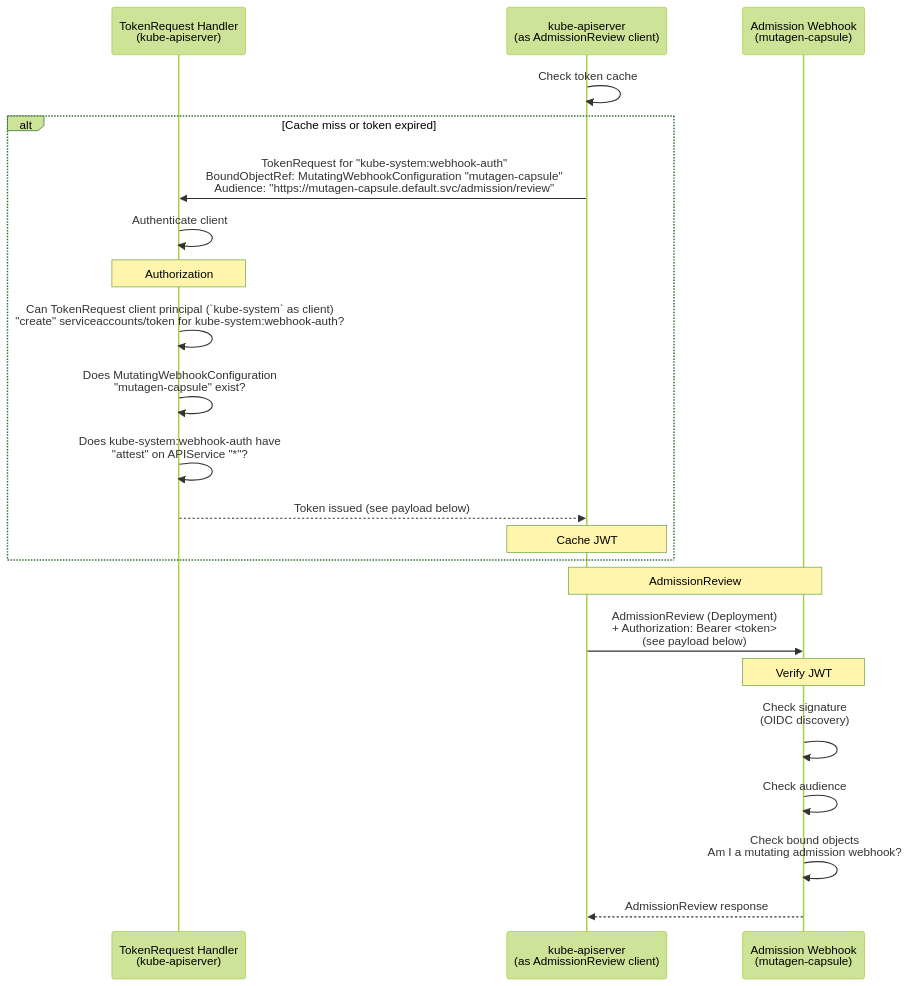
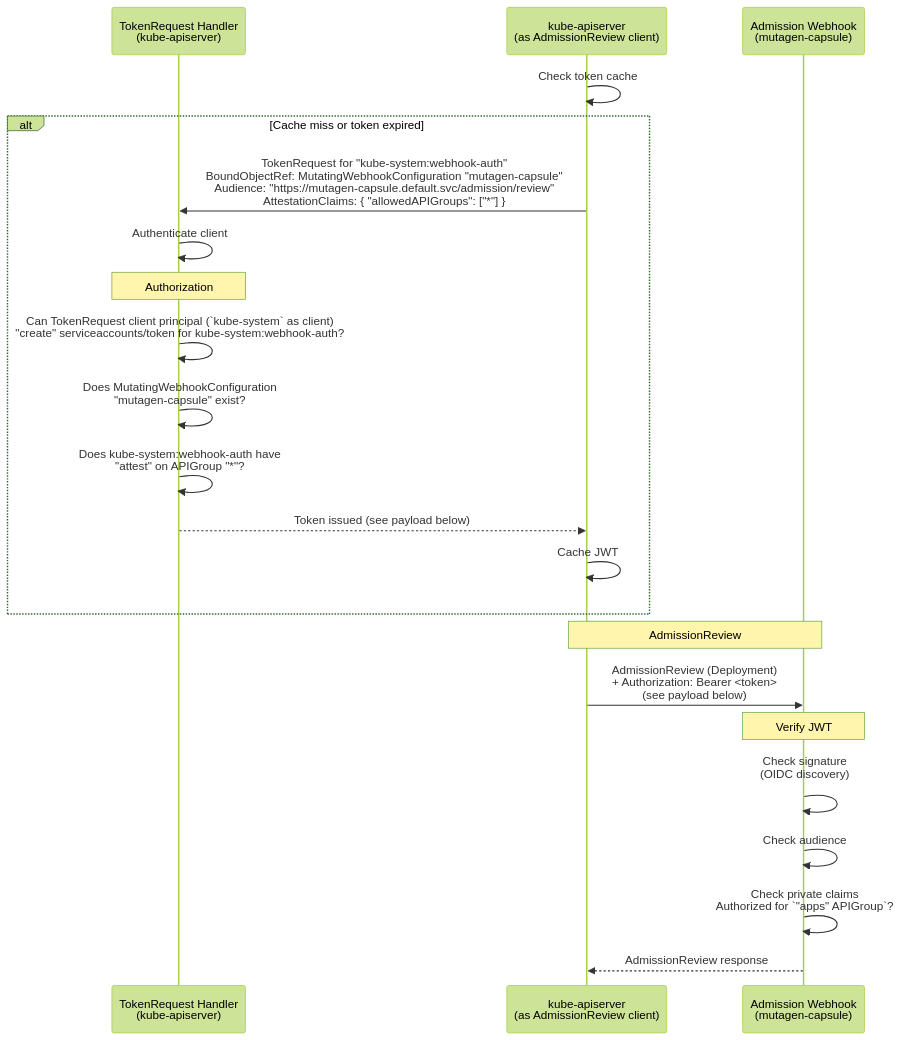
One commit to pmengelbert/enhancements changed the first of 3 diagrams in keps/sig-auth/6060-api-server-authentication-to-webhooks/README.md. Above: the diagram before and after it, drawn with Mermaid (forest theme). The commit also changed other lines of this file, not shown here.

Commit message:
Update sequence diagrams

````diff
--- a/keps/sig-auth/6060-api-server-authentication-to-webhooks/README.md
+++ b/keps/sig-auth/6060-api-server-authentication-to-webhooks/README.md
@@ -338,31 +341,31 @@
 ```mermaid
 sequenceDiagram
     participant TokenReq as TokenRequest Handler<br/>(kube-apiserver)
     participant KAS as kube-apiserver<br/>(as AdmissionReview client)
     participant Webhook as Admission Webhook<br/>(mutagen-capsule)
 
     KAS->>KAS: Check token cache
     alt Cache miss or token expired
-        KAS->>TokenReq: TokenRequest for "kube-system:webhook-auth"<br/>BoundObjectRef: MutatingWebhookConfiguration "mutagen-capsule"<br/>Audience: "https://mutagen-capsule.default.svc/admission/review"
+        KAS->>TokenReq: TokenRequest for "kube-system:webhook-auth"<br/>BoundObjectRef: MutatingWebhookConfiguration "mutagen-capsule"<br/>Audience: "https://mutagen-capsule.default.svc/admission/review"<br/>AttestationClaims: { "allowedAPIGroups": ["*"] }
 
         TokenReq->>TokenReq: Authenticate client
         Note over TokenReq: Authorization
 
         TokenReq->>TokenReq: Can TokenRequest client  principal (`kube-system` as client)<br/>"create" serviceaccounts/token for kube-system:webhook-auth?
         TokenReq->>TokenReq: Does MutatingWebhookConfiguration<br/>"mutagen-capsule" exist?
-        TokenReq->>TokenReq: Does kube-system:webhook-auth have<br/>"attest" on APIService "*"?
+        TokenReq->>TokenReq: Does kube-system:webhook-auth have<br/>"attest" on APIGroup "*"?
 
         TokenReq-->>KAS: Token issued (see payload below)
-        Note over KAS: Cache JWT
+        KAS->>KAS: Cache JWT
     end
 
     Note over KAS,Webhook: AdmissionReview
     KAS->>Webhook: AdmissionReview (Deployment)<br/>+ Authorization: Bearer <token><br/>(see payload below)
 
     Note over Webhook: Verify JWT
     Webhook->>Webhook: Check signature<br/>(OIDC discovery)<br/>
     Webhook->>Webhook: Check audience
-    Webhook->>Webhook: Check bound objects<br/>Am I a mutating admission webhook?
+    Webhook->>Webhook: Check private claims<br/>Authorized for `"apps" APIGroup`?
 
     Webhook-->>KAS: AdmissionReview response
 ```
````
